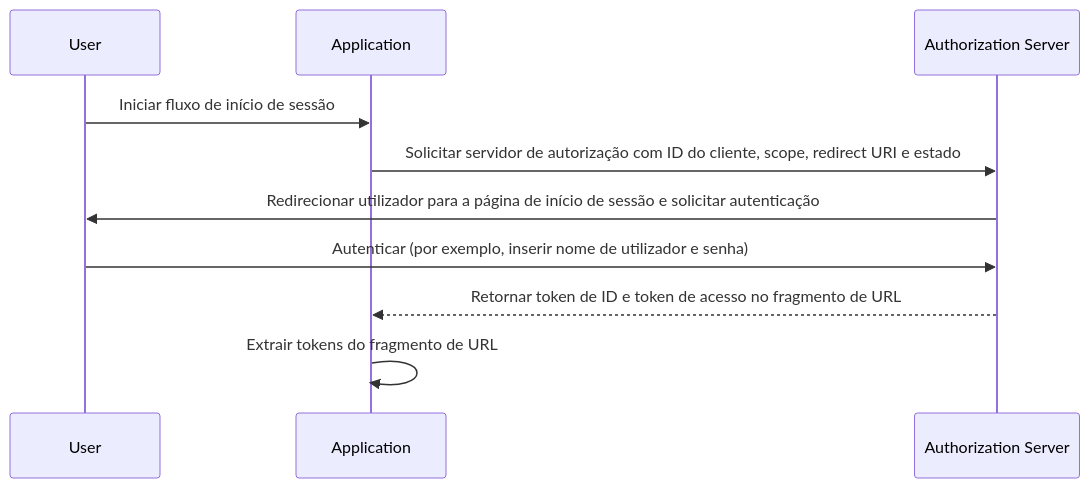
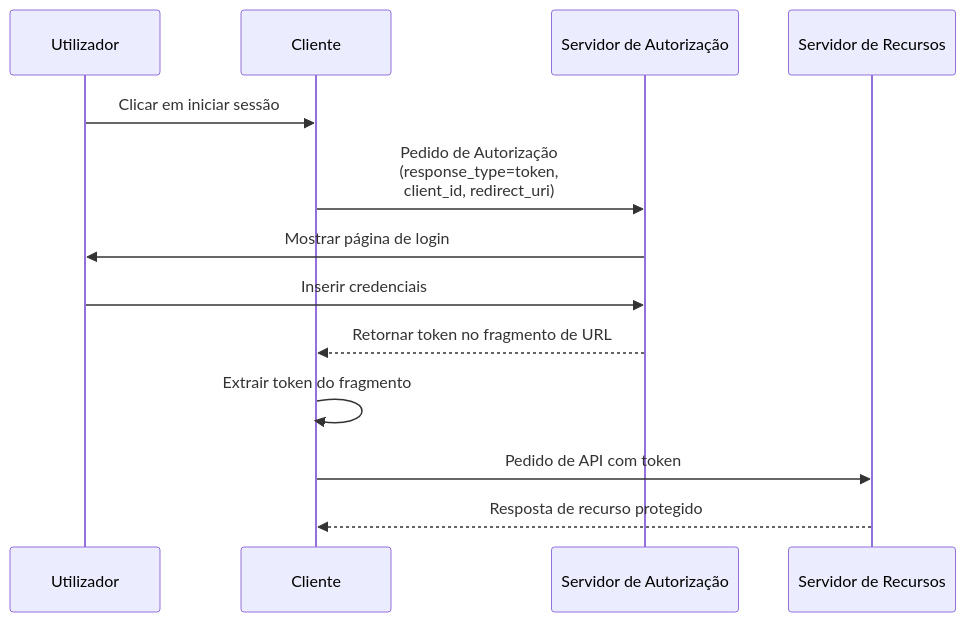
Before and after one commit to logto-io/auth-wiki: the diagram in src/content/terms/pt-pt/implicit-flow.mdx, drawn with Mermaid. The commit also changed other lines of this file and 95 other files, not shown here.

````diff
--- a/src/content/terms/pt-pt/implicit-flow.mdx
+++ b/src/content/terms/pt-pt/implicit-flow.mdx
@@ -20,12 +19,16 @@
 ```mermaid
 sequenceDiagram
-participant User
-participant Application
-participant Authorization Server
-User->>Application: Iniciar fluxo de início de sessão
-Application->>Authorization Server: Solicitar servidor de autorização com ID do cliente, scope, redirect URI e estado
-Authorization Server->>User: Redirecionar utilizador para a página de início de sessão e solicitar autenticação
-User->>Authorization Server: Autenticar (por exemplo, inserir nome de utilizador e senha)
-Authorization Server -->>Application: Retornar token de ID e token de acesso no fragmento de URL
-Application->>Application: Extrair tokens do fragmento de URL
+  participant U as Utilizador
+  participant C as Cliente
+  participant AS as Servidor de Autorização
+  participant RS as Servidor de Recursos
+
+  U->>C: Clicar em iniciar sessão
+  C->>AS: Pedido de Autorização<br/>(response_type=token,<br/>client_id, redirect_uri)
+  AS->>U: Mostrar página de login
+  U->>AS: Inserir credenciais
+  AS-->>C: Retornar token no fragmento de URL
+  C->>C: Extrair token do fragmento
+  C->>RS: Pedido de API com token
+  RS-->>C: Resposta de recurso protegido
 ```
````
